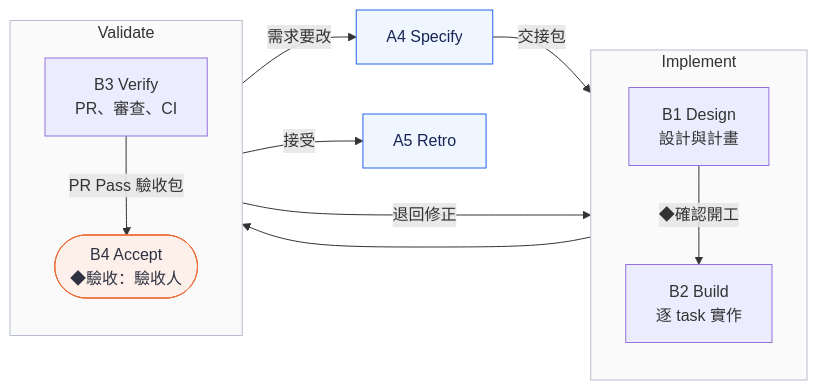
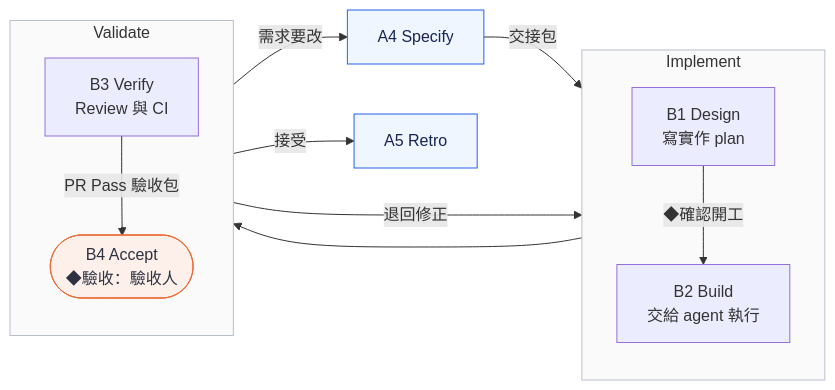
Before and after one commit to ellis429/loop-engineering: the third of 3 diagrams in docs/guide/user-guide.md, drawn with Mermaid. The commit also changed other lines of this file and 1 other file, not shown here.

````diff
--- a/docs/guide/user-guide.md
+++ b/docs/guide/user-guide.md
@@ -358,22 +358,22 @@
 ```mermaid
 flowchart LR
   A4["A4 Specify"] -->|交接包| B1
   subgraph SIMP["Implement"]
     direction TB
-    B1["B1 Design<br/>設計與計畫"] -->|◆確認開工| B2["B2 Build<br/>逐 task 實作"]
+    B1["B1 Design<br/>寫實作 plan"] -->|◆確認開工| B2["B2 Build<br/>交給 agent 執行"]
   end
   subgraph SVAL["Validate"]
     direction TB
-    B3["B3 Verify<br/>PR、審查、CI"] -->|PR Pass 驗收包| B4(["B4 Accept<br/>◆驗收：驗收人"])
+    B3["B3 Verify<br/>Review 與 CI"] -->|PR Pass 驗收包| B4(["B4 Accept<br/>◆驗收：驗收人"])
   end
   B2 --> B3
   B4 -->|退回修正| B2
   B4 -->|需求要改| A4
   B4 -->|接受| A5["A5 Retro"]
   classDef gate fill:#fdf0ea,stroke:#eb6c36,color:#2d3142
   classDef outer fill:#eff6ff,stroke:#2563eb,color:#172554
   class B4 gate
   class A4,A5 outer
   style SIMP fill:#fafafa,stroke:#b8bfcc
   style SVAL fill:#fafafa,stroke:#b8bfcc
 ```
````
